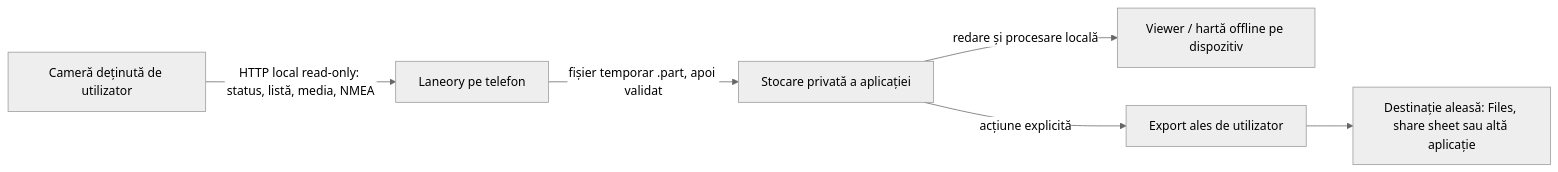
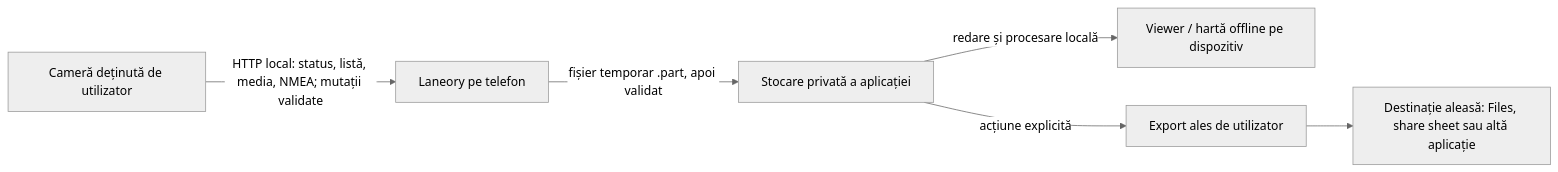
The first of 2 diagrams in docs/legal/privacy-data-flow.md (aristache-labs/MiVue-Pro), drawn with Mermaid (neutral theme) before and after one commit. The commit also changed other lines of this file and 37 other files, not shown here.

````diff
--- a/docs/legal/privacy-data-flow.md
+++ b/docs/legal/privacy-data-flow.md
@@ -23,15 +23,15 @@
 ```mermaid
 flowchart LR
     C["Cameră deținută de utilizator"]
     A["Laneory pe telefon"]
     S["Stocare privată a aplicației"]
     V["Viewer / hartă offline pe dispozitiv"]
     E["Export ales de utilizator"]
     D["Destinație aleasă: Files, share sheet sau altă aplicație"]
 
-    C -->|"HTTP local read-only: status, listă, media, NMEA"| A
+    C -->|"HTTP local: status, listă, media, NMEA; mutații validate"| A
     A -->|"fișier temporar .part, apoi validat"| S
     S -->|"redare și procesare locală"| V
     S -->|"acțiune explicită"| E
     E --> D
 ```
````
